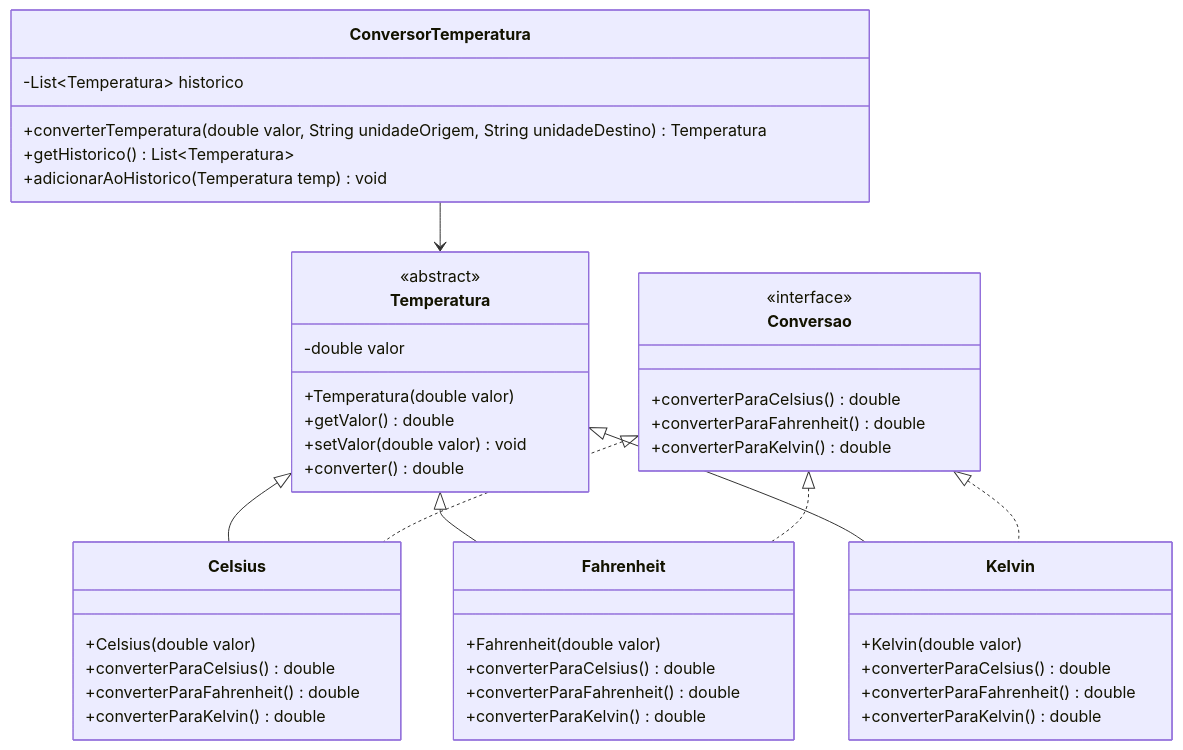
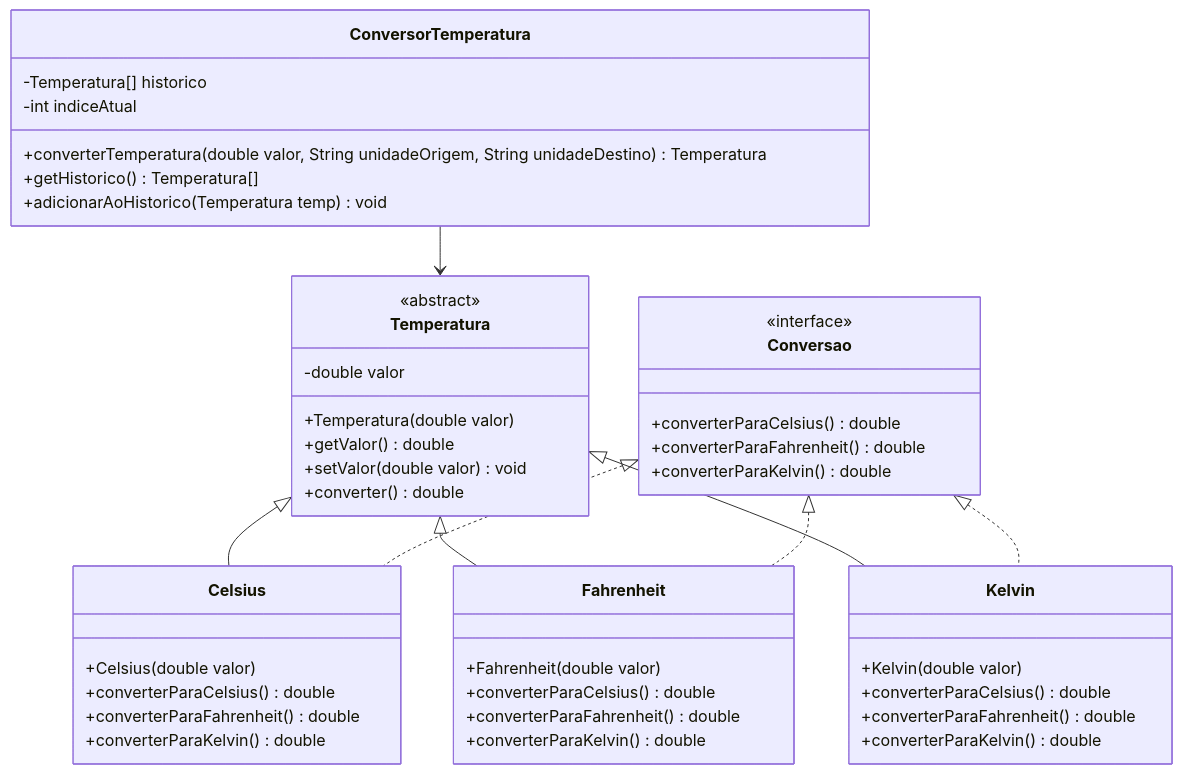
Before and after one commit to profmatheusrosa/ETB-LTP1: the diagram in projetos/projetoA2/projetoA2a.md, drawn with Mermaid. The commit also changed other lines of this file and 4 other files, not shown here.

````diff
--- a/projetos/projetoA2/projetoA2a.md
+++ b/projetos/projetoA2/projetoA2a.md
@@ -76,54 +76,55 @@
 ```mermaid
 classDiagram
     class Temperatura {
         <<abstract>>
         -double valor
         +Temperatura(double valor)
         +getValor() double
         +setValor(double valor) void
         +converter() double
     }
 
     class Conversao {
         <<interface>>
         +converterParaCelsius() double
         +converterParaFahrenheit() double
         +converterParaKelvin() double
     }
 
     class Celsius {
         +Celsius(double valor)
         +converterParaCelsius() double
         +converterParaFahrenheit() double
         +converterParaKelvin() double
     }
 
     class Fahrenheit {
         +Fahrenheit(double valor)
         +converterParaCelsius() double
         +converterParaFahrenheit() double
         +converterParaKelvin() double
     }
 
     class Kelvin {
         +Kelvin(double valor)
         +converterParaCelsius() double
         +converterParaFahrenheit() double
         +converterParaKelvin() double
     }
 
     class ConversorTemperatura {
-        -List~Temperatura~ historico
+        -Temperatura[] historico
+        -int indiceAtual
         +converterTemperatura(double valor, String unidadeOrigem, String unidadeDestino) Temperatura
-        +getHistorico() List~Temperatura~
+        +getHistorico() Temperatura[]
         +adicionarAoHistorico(Temperatura temp) void
     }
 
     Temperatura <|-- Celsius
     Temperatura <|-- Fahrenheit
     Temperatura <|-- Kelvin
     Conversao <|.. Celsius
     Conversao <|.. Fahrenheit
     Conversao <|.. Kelvin
     ConversorTemperatura --> Temperatura
 ```
````
